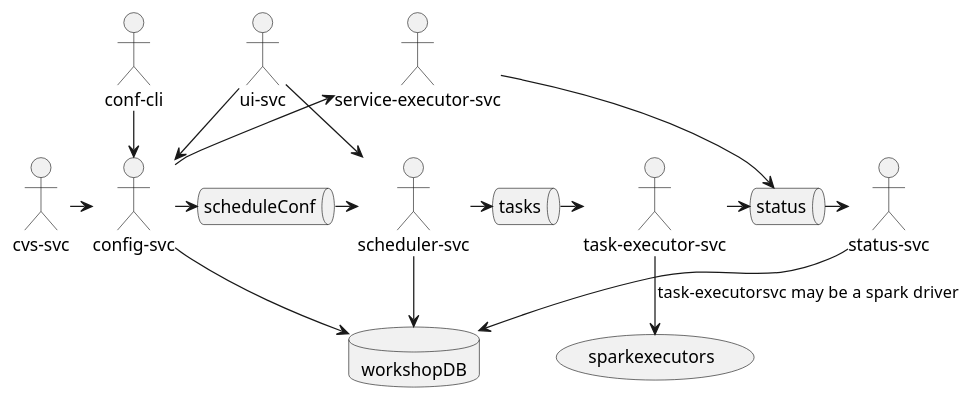
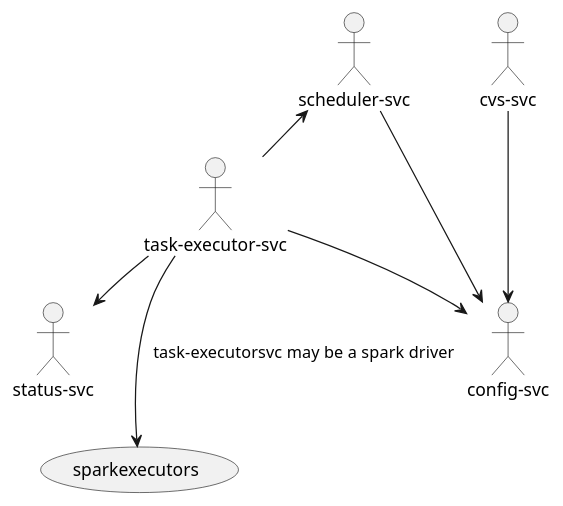
The diagram in doc/system_design/services.puml (zaytsevdmitry/lakehouse), drawn with PlantUML before and after one commit. The commit also changed 58 other files, not shown here.

Commit message:
introduced kafka for schedules updated spring boot 3.3.7 to 3.4.2 New endpoint for effective task conf Sending scheduled tasks to kafka lock heartbeat and release scheduled tasks from task executor

```diff
--- a/doc/system_design/services.puml
+++ b/doc/system_design/services.puml
@@ -1,33 +1,20 @@
 @startuml
 !pragma layout smetana
-database workshopDB
-queue scheduleConf
-queue tasks
-queue status
-:ui-svc: as uisvc
+':ui-svc: as uisvc
 :config-svc:  as confsvc
 :status-svc:  as statussvc
 :task-executor-svc:  as taskexecutorsvc
 :scheduler-svc: as schedulersvc
 :cvs-svc: as cvssvc
-:conf-cli: as confcli
-'taskcoordinatorsvc -> confsvc
-:service-executor-svc: as serviceexecutor
-cvssvc -> confsvc
-uisvc --> confsvc
-uisvc --> schedulersvc
-confcli --> confsvc
-confsvc --> workshopDB
-schedulersvc --> workshopDB
-statussvc --> workshopDB
-confsvc-> scheduleConf
-scheduleConf -> schedulersvc
-schedulersvc -> tasks
-tasks -> taskexecutorsvc
-taskexecutorsvc -> status
-status -> statussvc
-serviceexecutor -> status
-serviceexecutor <-- confsvc
-'taskexecutorsvc --> taskcoordinatorsvc:any one instance of task-executor take 1 task at onece
-taskexecutorsvc -->(sparkexecutors):task-executorsvc may be a spark  driver
+':cmd-cli: as cmdcli
+cvssvc ---> confsvc
+schedulersvc -> confsvc
+'uisvc --> confsvc
+'uisvc ---> schedulersvc
+'cmdcli --> confsvc
+'cmdcli --> schedulersvc
+schedulersvc <-- taskexecutorsvc
+taskexecutorsvc --> statussvc
+taskexecutorsvc --> confsvc
+taskexecutorsvc --->(sparkexecutors):task-executorsvc may be a spark  driver
 @enduml
```
